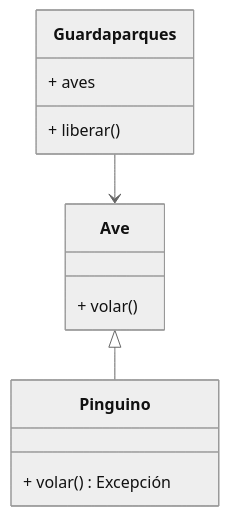
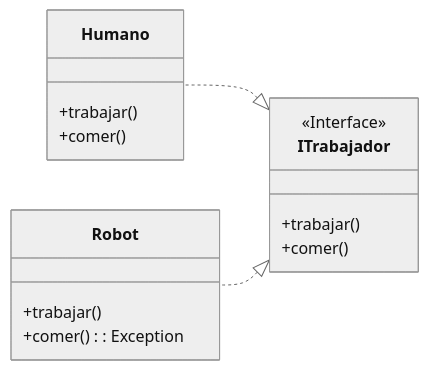
One commit to urrestarazu-alejandro/memo-backend changed the first of 2 diagrams in pages/draft/post-draft.md. Above: the diagram before and after it, drawn with Mermaid (neutral theme). The commit also changed other lines of this file and 1 other file, not shown here.

````diff
--- a/pages/draft/post-draft.md
+++ b/pages/draft/post-draft.md
@@ -58,16 +28,22 @@
 ```mermaid
 classDiagram
-    Guardaparques --> Ave
-    Ave <|-- Pinguino
-    class Guardaparques {
-        + aves
-        + liberar()
+    direction RL
+    ITrabajador <|.. Humano
+    ITrabajador <|.. Robot
+
+    <<Interface>> ITrabajador
+    class ITrabajador{
+        +trabajar()
+        +comer()
     }
-    class Ave {
-        + volar()
+
+    class Humano{
+        +trabajar()
+        +comer()
     }
-    class Pinguino {
-        %%Excepción ya que los pinguinos no pueden volar
-        + volar() Excepción
+
+    class Robot{
+        +trabajar()
+        +comer(): Exception
     }
-```  
+```
````
